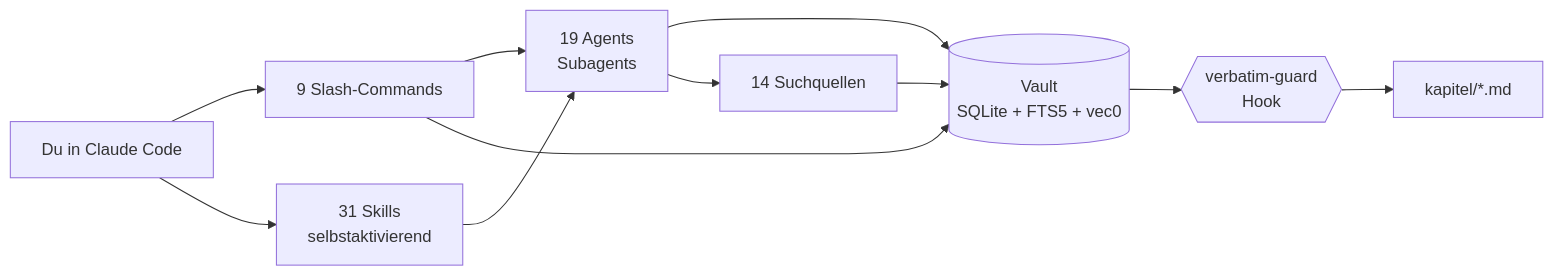
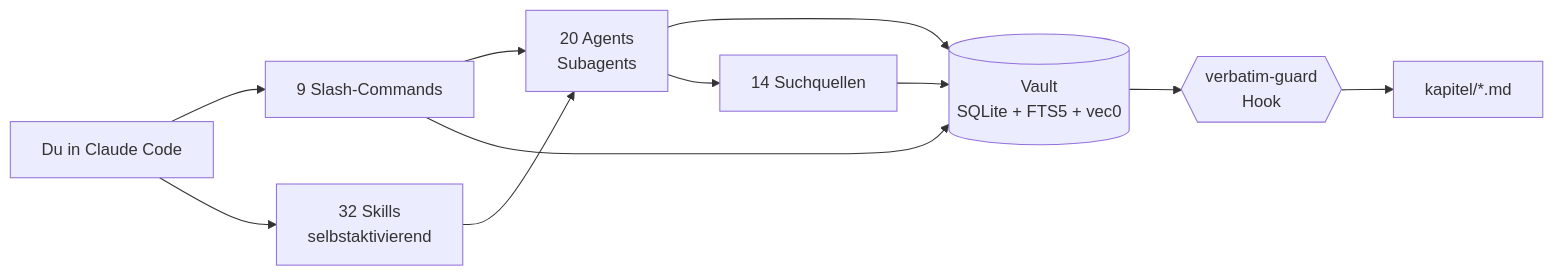
Before and after one commit to ahlerjam/academic-research: the diagram in README.md, drawn with Mermaid. The commit also changed other lines of this file and 23 other files, not shown here.

````diff
--- a/README.md
+++ b/README.md
@@ -76,13 +76,13 @@
 ```mermaid
 graph LR
     U[Du in Claude Code] --> C[9 Slash-Commands]
-    U --> S[31 Skills<br/>selbstaktivierend]
-    C --> A[19 Agents<br/>Subagents]
+    U --> S[32 Skills<br/>selbstaktivierend]
+    C --> A[20 Agents<br/>Subagents]
     S --> A
     A --> V[(Vault<br/>SQLite + FTS5 + vec0)]
     C --> V
     A --> Q[14 Suchquellen]
     Q --> V
     V --> H{{verbatim-guard<br/>Hook}}
     H --> K[kapitel/*.md]
 ```
````
